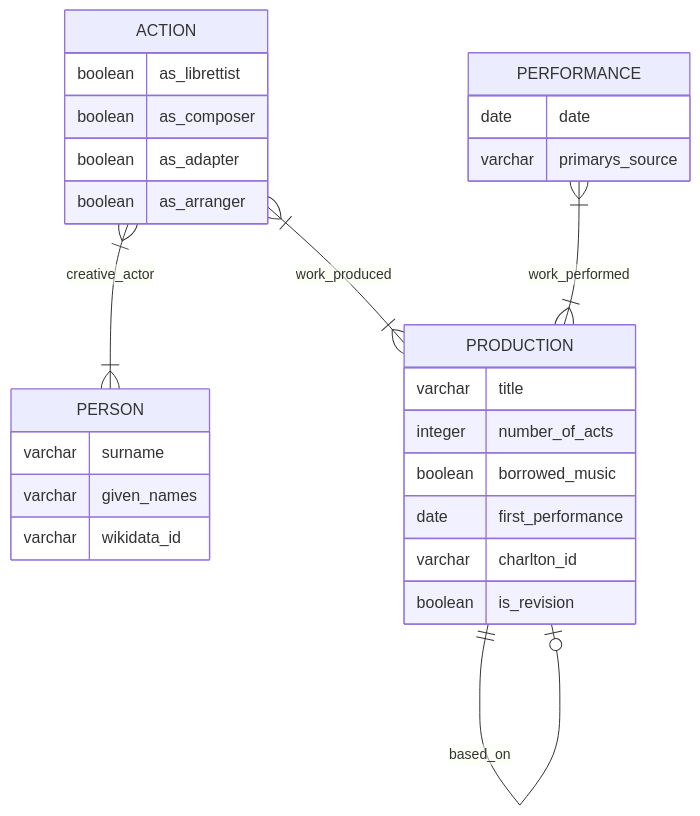
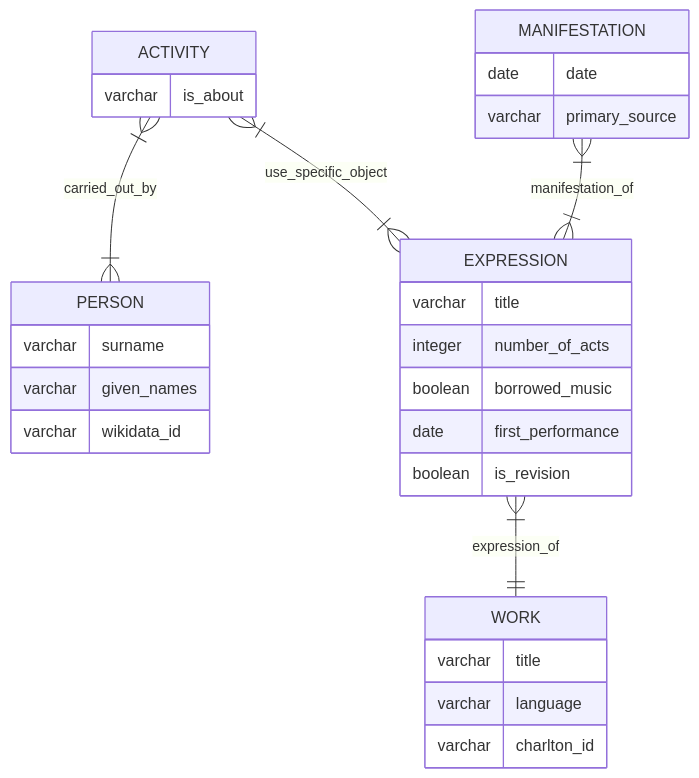
The diagram in README.md (kat-kel/opera-comique-revivals), drawn with Mermaid before and after one commit. The commit also changed other lines of this file, not shown here.

````diff
--- a/README.md
+++ b/README.md
@@ -7,32 +7,33 @@
 ```mermaid
 erDiagram
 
     PERSON {
         varchar surname
         varchar given_names
         varchar wikidata_id
     }
-    ACTION {
-        boolean as_librettist
-        boolean as_composer
-        boolean as_adapter
-        boolean as_arranger
+    ACTIVITY {
+        varchar is_about
     }
-    ACTION }|--|{ PERSON : creative_actor
-    ACTION }|--|{ PRODUCTION : work_produced
-    PRODUCTION {
+    ACTIVITY }|--|{ PERSON : carried_out_by
+    ACTIVITY }|--|{ EXPRESSION : use_specific_object
+    EXPRESSION {
         varchar title
         integer number_of_acts
         boolean borrowed_music
         date first_performance
-        varchar charlton_id
         boolean is_revision
     }
-    PRODUCTION ||--o| PRODUCTION : based_on
-    PERFORMANCE {
+    WORK {
+        varchar title
+        varchar language
+        varchar charlton_id
+    }
+    EXPRESSION }|--|| WORK : expression_of
+    MANIFESTATION {
         date date
-        varchar primarys_source
+        varchar primary_source
     }
-    PERFORMANCE }|--|{ PRODUCTION : work_performed
+    MANIFESTATION }|--|{ EXPRESSION : manifestation_of
 
 ```
````
